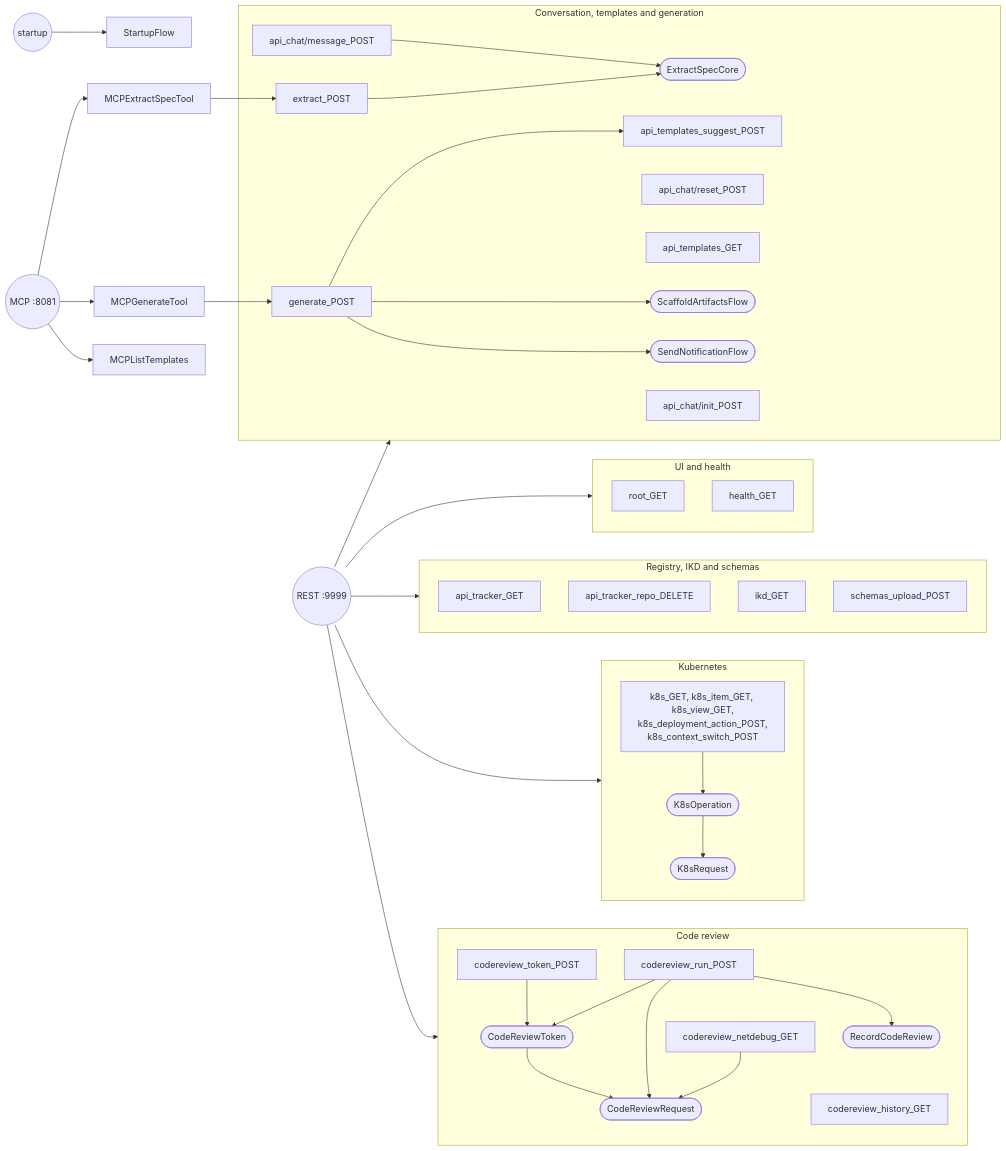
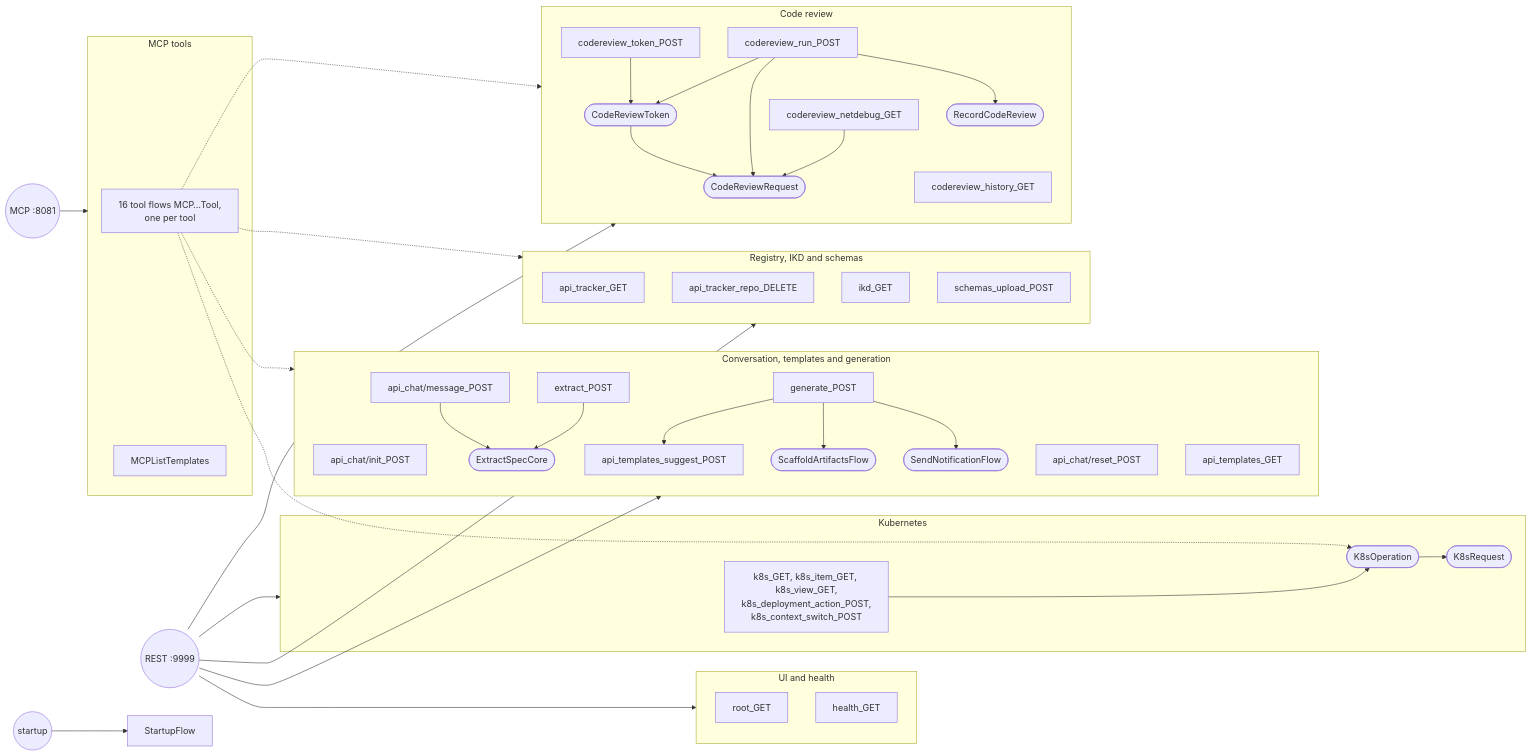
Before and after one commit to mpandav-tibco/ai-template-generator: the sixth of 10 diagrams in README.md, drawn with Mermaid. The commit also changed other lines of this file and 1 other file, not shown here.

First line of the commit message:
feat(mcp): every web UI and REST feature is an MCP tool

````diff
--- a/README.md
+++ b/README.md
@@ -238,40 +240,43 @@
 ```mermaid
 flowchart LR
     BOOT(("startup")) --> StartupFlow
     REST(("REST :9999")) --> ui & conv & reg & k8s & cr
-    MCP(("MCP :8081")) --> MCPExtractSpecTool & MCPGenerateTool & MCPListTemplates
+    MCP(("MCP :8081")) --> mcpg
 
     subgraph ui["UI and health"]
         root_GET
         health_GET
     end
     subgraph conv["Conversation, templates and generation"]
         chatinit["api_chat/init_POST"]
         chatmsg["api_chat/message_POST"] --> ExtractSpecCore([ExtractSpecCore])
         chatreset["api_chat/reset_POST"]
         extract_POST --> ExtractSpecCore
         api_templates_GET
         api_templates_suggest_POST
         generate_POST --> api_templates_suggest_POST
         generate_POST --> ScaffoldArtifactsFlow([ScaffoldArtifactsFlow]) & SendNotificationFlow([SendNotificationFlow])
     end
     subgraph reg["Registry, IKD and schemas"]
         api_tracker_GET
         api_tracker_repo_DELETE
         ikd_GET
         schemas_upload_POST
     end
     subgraph k8s["Kubernetes"]
         k8sflows["k8s_GET, k8s_item_GET, k8s_view_GET,<br/>k8s_deployment_action_POST,<br/>k8s_context_switch_POST"] --> K8sOperation([K8sOperation]) --> K8sRequest([K8sRequest])
     end
     subgraph cr["Code review"]
         crtoken[codereview_token_POST] --> CodeReviewToken([CodeReviewToken])
         crrun[codereview_run_POST] --> CodeReviewToken
         crrun --> CodeReviewRequest([CodeReviewRequest]) & RecordCodeReview([RecordCodeReview])
         crhist[codereview_history_GET]
         crnet[codereview_netdebug_GET] --> CodeReviewRequest
         CodeReviewToken --> CodeReviewRequest
     end
-    MCPExtractSpecTool --> extract_POST
-    MCPGenerateTool --> generate_POST
+    subgraph mcpg["MCP tools"]
+        mcptools["16 tool flows MCP…Tool,<br/>one per tool"]
+        MCPListTemplates
+    end
+    mcptools -.-> conv & reg & cr & K8sOperation
 ```
````
